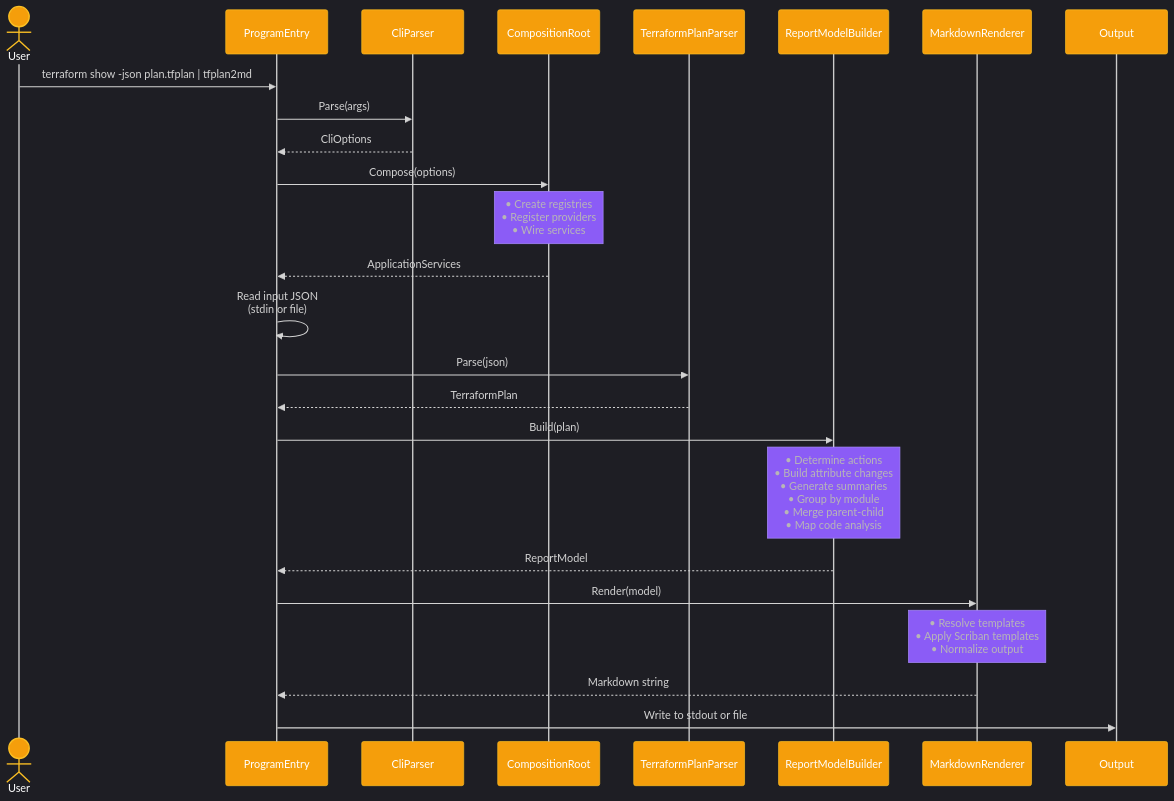
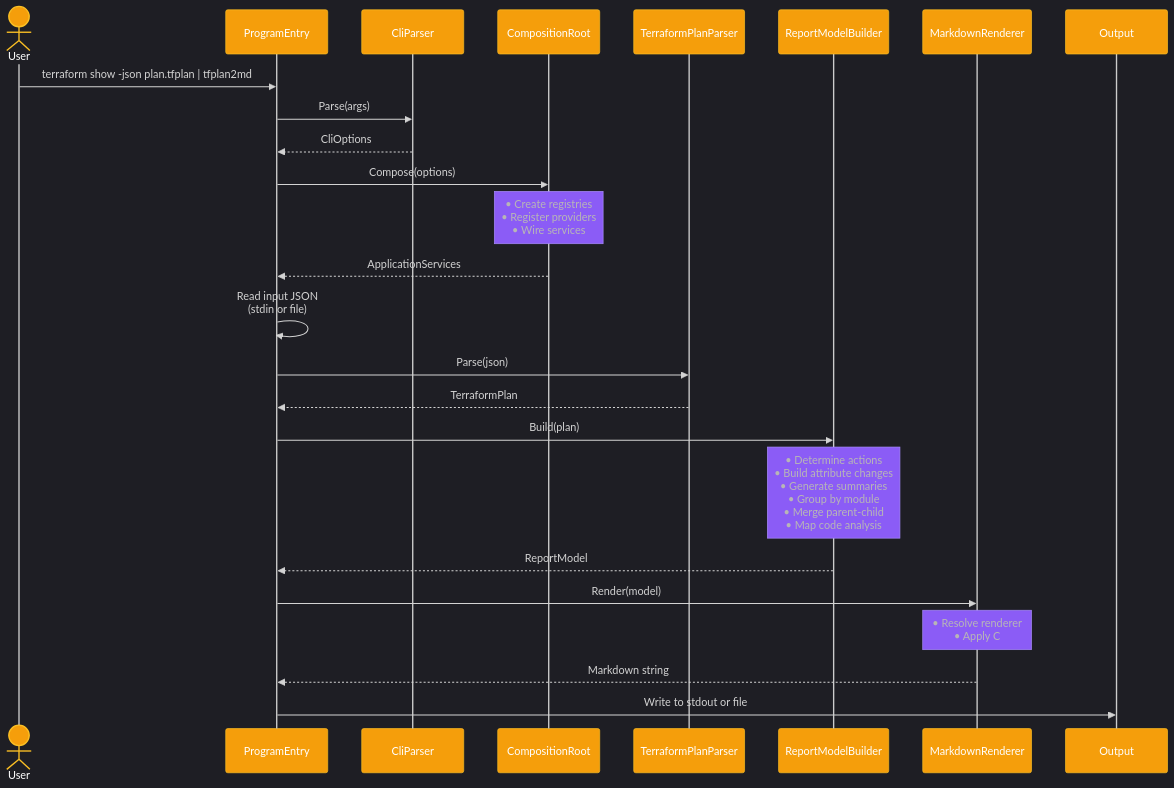
One commit to oocx/tfplan2md changed the tenth of 17 diagrams in docs/architecture.md. Above: the diagram before and after it, drawn with Mermaid. The commit also changed other lines of this file and 23 other files, not shown here.

````diff
--- a/docs/architecture.md
+++ b/docs/architecture.md
@@ -994,29 +983,29 @@
 ```mermaid
 %%{init: {'theme':'dark', 'themeVariables': { 'fontSize':'16px', 'fontFamily':'ui-sans-serif, system-ui, sans-serif', 'actorBkg':'#f59e0b', 'actorBorder':'#fbbf24', 'actorTextColor':'#ffffff', 'noteBkgColor':'#8b5cf6', 'noteBorderColor':'#a78bfa'}}}%%
 sequenceDiagram
     actor User
     participant Entry as ProgramEntry
     participant Parser as CliParser
     participant DI as CompositionRoot
     participant TFParser as TerraformPlanParser
     participant Builder as ReportModelBuilder
     participant Renderer as MarkdownRenderer
     participant Output
     
     User->>Entry: terraform show -json plan.tfplan | tfplan2md
     Entry->>Parser: Parse(args)
     Parser-->>Entry: CliOptions
     Entry->>DI: Compose(options)
     Note over DI: • Create registries<br/>• Register providers<br/>• Wire services
     DI-->>Entry: ApplicationServices
     Entry->>Entry: Read input JSON<br/>(stdin or file)
     Entry->>TFParser: Parse(json)
     TFParser-->>Entry: TerraformPlan
     Entry->>Builder: Build(plan)
     Note over Builder: • Determine actions<br/>• Build attribute changes<br/>• Generate summaries<br/>• Group by module<br/>• Merge parent-child<br/>• Map code analysis
     Builder-->>Entry: ReportModel
     Entry->>Renderer: Render(model)
-    Note over Renderer: • Resolve templates<br/>• Apply Scriban templates<br/>• Normalize output
+    Note over Renderer: • Resolve renderer<br/>• Apply C# renderer<br/>• Normalize output
     Renderer-->>Entry: Markdown string
     Entry->>Output: Write to stdout or file
 ```
````
